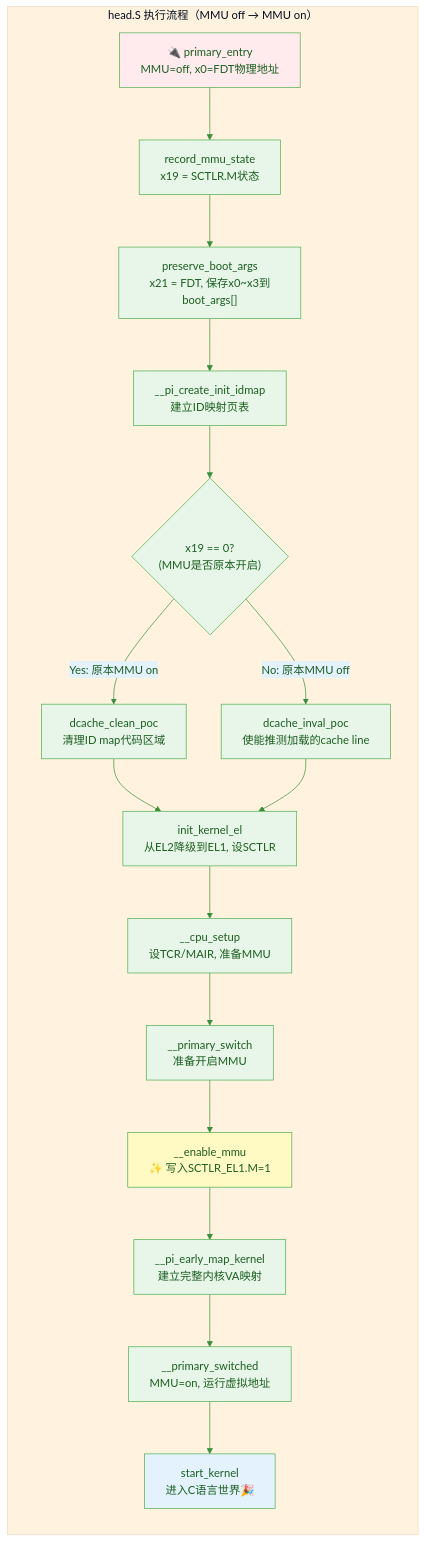
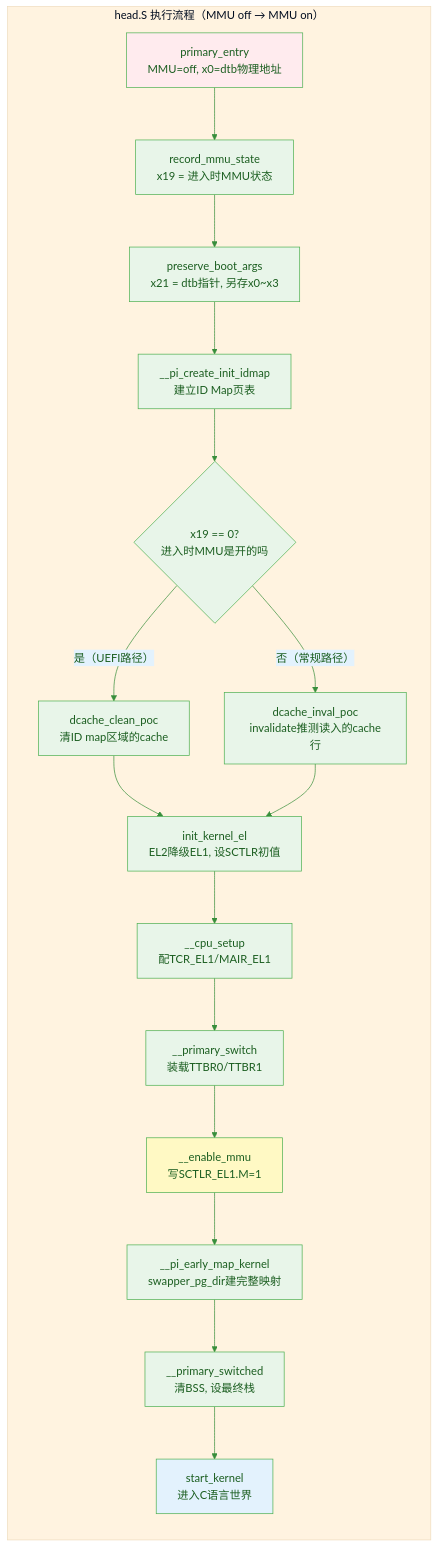
Before and after one commit to xiaohong0925/Embedded_Knowledge_System_V2026: the diagram in docs/02-核心机制深度解析/第7章 启动链深度解析/7.5.1_head.S_内核的汇编入口与MMU开启.md, drawn with Mermaid. The commit also changed other lines of this file and 20 other files, not shown here.

````diff
--- a/docs/02-核心机制深度解析/第7章 启动链深度解析/7.5.1_head.S_内核的汇编入口与MMU开启.md
+++ b/docs/02-核心机制深度解析/第7章 启动链深度解析/7.5.1_head.S_内核的汇编入口与MMU开启.md
@@ -47,26 +130,26 @@
 ```mermaid
 %%{init: {'theme': 'base', 'themeVariables': { 'primaryColor': '#e8f5e9', 'primaryTextColor': '#1b5e20', 'primaryBorderColor': '#4caf50', 'lineColor': '#388e3c', 'secondaryColor': '#e3f2fd', 'tertiaryColor': '#fff3e0'}}}%%
 graph TD
     subgraph "head.S 执行流程（MMU off → MMU on）"
         direction TB
-        A["🔌 primary_entry<br/>MMU=off, x0=FDT物理地址"] --> B["record_mmu_state<br/>x19 = SCTLR.M状态"]
-        B --> C["preserve_boot_args<br/>x21 = FDT, 保存x0~x3到boot_args[]"]
-        C --> D["__pi_create_init_idmap<br/>建立ID映射页表"]
-        D --> E{"x19 == 0?<br/>(MMU是否原本开启)"}
-        E -->|Yes: 原本MMU on| F["dcache_clean_poc<br/>清理ID map代码区域"]
-        E -->|No: 原本MMU off| G["dcache_inval_poc<br/>使能推测加载的cache line"]
-        F --> H["init_kernel_el<br/>从EL2降级到EL1, 设SCTLR"]
+        A["primary_entry<br/>MMU=off, x0=dtb物理地址"] --> B["record_mmu_state<br/>x19 = 进入时MMU状态"]
+        B --> C["preserve_boot_args<br/>x21 = dtb指针, 另存x0~x3"]
+        C --> D["__pi_create_init_idmap<br/>建立ID Map页表"]
+        D --> E{"x19 == 0?<br/>进入时MMU是开的吗"}
+        E -->|"是（UEFI路径）"| F["dcache_clean_poc<br/>清ID map区域的cache"]
+        E -->|"否（常规路径）"| G["dcache_inval_poc<br/>invalidate推测读入的cache行"]
+        F --> H["init_kernel_el<br/>EL2降级EL1, 设SCTLR初值"]
         G --> H
-        H --> I["__cpu_setup<br/>设TCR/MAIR, 准备MMU"]
-        I --> J["__primary_switch<br/>准备开启MMU"]
-        J --> K["__enable_mmu<br/>✨ 写入SCTLR_EL1.M=1"]
-        K --> L["__pi_early_map_kernel<br/>建立完整内核VA映射"]
-        L --> M["__primary_switched<br/>MMU=on, 运行虚拟地址"]
-        M --> N["start_kernel<br/>进入C语言世界🎉"]
+        H --> I["__cpu_setup<br/>配TCR_EL1/MAIR_EL1"]
+        I --> J["__primary_switch<br/>装载TTBR0/TTBR1"]
+        J --> K["__enable_mmu<br/>写SCTLR_EL1.M=1"]
+        K --> L["__pi_early_map_kernel<br/>swapper_pg_dir建完整映射"]
+        L --> M["__primary_switched<br/>清BSS, 设最终栈"]
+        M --> N["start_kernel<br/>进入C语言世界"]
     end
 
     style A fill:#ffebee
     style K fill:#fff9c4
     style M fill:#e8f5e9
     style N fill:#e3f2fd
 ```
````
